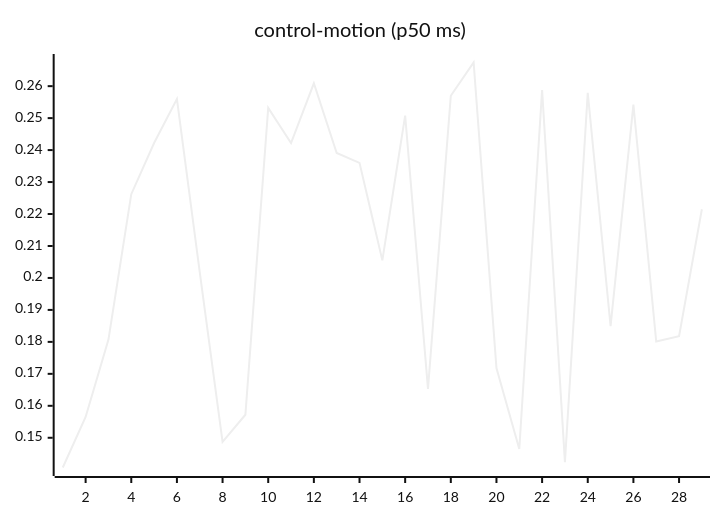
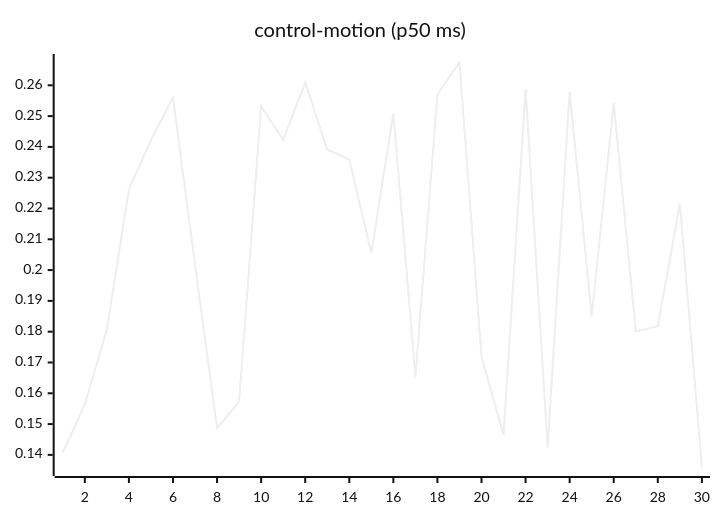
The seventh of 27 diagrams in README.md (josha/Facet), drawn with Mermaid (neutral theme) before and after one commit. The commit also changed other lines of this file and 2 other files, not shown here.

````diff
--- a/README.md
+++ b/README.md
@@ -105,6 +105,6 @@
 ```mermaid
 xychart-beta
     title "control-motion (p50 ms)"
-    x-axis 1 --> 29
-    line [0.1407, 0.1565, 0.1807, 0.2262, 0.2422, 0.2560, 0.2018, 0.1487, 0.1572, 0.2532, 0.2422, 0.2609, 0.2391, 0.2360, 0.2055, 0.2508, 0.1653, 0.2570, 0.2674, 0.1718, 0.1465, 0.2588, 0.1424, 0.2579, 0.1849, 0.2542, 0.1801, 0.1818, 0.2215]
+    x-axis 1 --> 30
+    line [0.1407, 0.1565, 0.1807, 0.2262, 0.2422, 0.2560, 0.2018, 0.1487, 0.1572, 0.2532, 0.2422, 0.2609, 0.2391, 0.2360, 0.2055, 0.2508, 0.1653, 0.2570, 0.2674, 0.1718, 0.1465, 0.2588, 0.1424, 0.2579, 0.1849, 0.2542, 0.1801, 0.1818, 0.2215, 0.1359]
 ```
````
